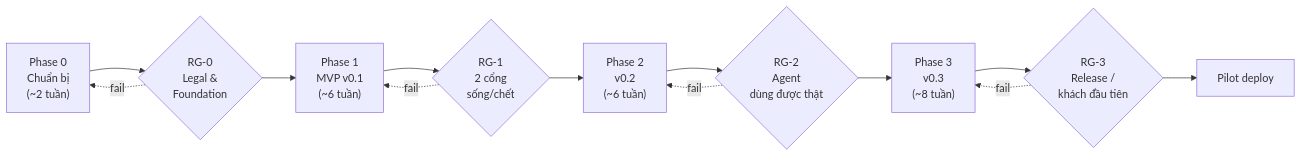
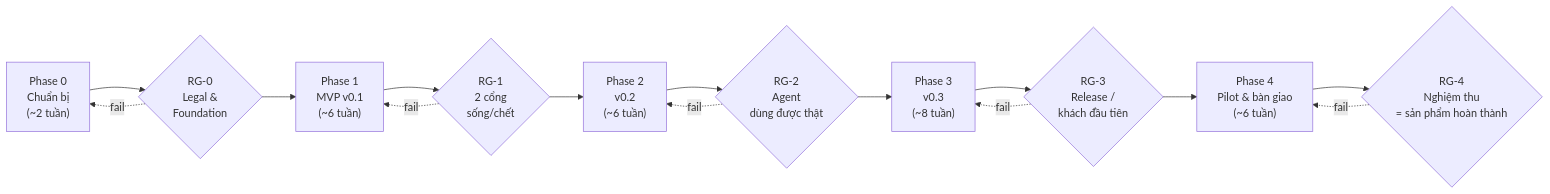
The first of 2 diagrams in docs/harness-execution-plan.md (anhnth24/yett), drawn with Mermaid before and after one commit. The commit also changed other lines of this file, not shown here.

First line of the commit message:
Extend execution plan to full A-to-Z: pilot phase, RG-4, coverage matrix

````diff
--- a/docs/harness-execution-plan.md
+++ b/docs/harness-execution-plan.md
@@ -35,16 +35,18 @@
 ```mermaid
 flowchart LR
     P0["Phase 0<br/>Chuẩn bị<br/>(~2 tuần)"] --> RG0{"RG-0<br/>Legal &<br/>Foundation"}
     RG0 --> P1["Phase 1<br/>MVP v0.1<br/>(~6 tuần)"]
     P1 --> RG1{"RG-1<br/>2 cổng<br/>sống/chết"}
     RG1 --> P2["Phase 2<br/>v0.2<br/>(~6 tuần)"]
     P2 --> RG2{"RG-2<br/>Agent<br/>dùng được thật"}
     RG2 --> P3["Phase 3<br/>v0.3<br/>(~8 tuần)"]
     P3 --> RG3{"RG-3<br/>Release /<br/>khách đầu tiên"}
-    RG3 --> GA["Pilot deploy"]
+    RG3 --> P4["Phase 4<br/>Pilot & bàn giao<br/>(~6 tuần)"]
+    P4 --> RG4{"RG-4<br/>Nghiệm thu<br/>= sản phẩm hoàn thành"}
 
     RG0 -.->|fail| P0
     RG1 -.->|fail| P1
     RG2 -.->|fail| P2
     RG3 -.->|fail| P3
+    RG4 -.->|fail| P4
 ```
````
